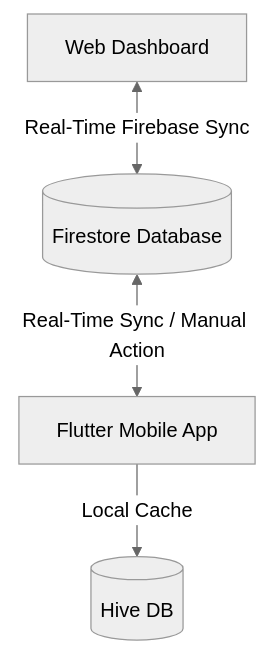
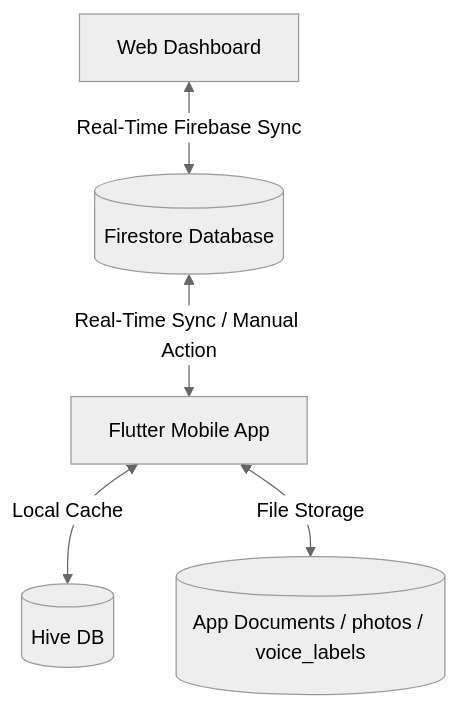
The diagram in context.md (santjsx/easyConnect), drawn with Mermaid (neutral theme) before and after one commit. The commit also changed other lines of this file and 13 other files, not shown here.

````diff
--- a/context.md
+++ b/context.md
@@ -14,6 +15,7 @@
 ```mermaid
 graph TD
     Dashboard[Web Dashboard] <-->|Real-Time Firebase Sync| Firestore[(Firestore Database)]
     Firestore <-->|Real-Time Sync / Manual Action| MobileApp[Flutter Mobile App]
-    MobileApp -->|Local Cache| Hive[(Hive DB)]
+    MobileApp <-->|Local Cache| Hive[(Hive DB)]
+    MobileApp <-->|File Storage| LocalFiles[(App Documents / photos / voice_labels)]
 ```
````
